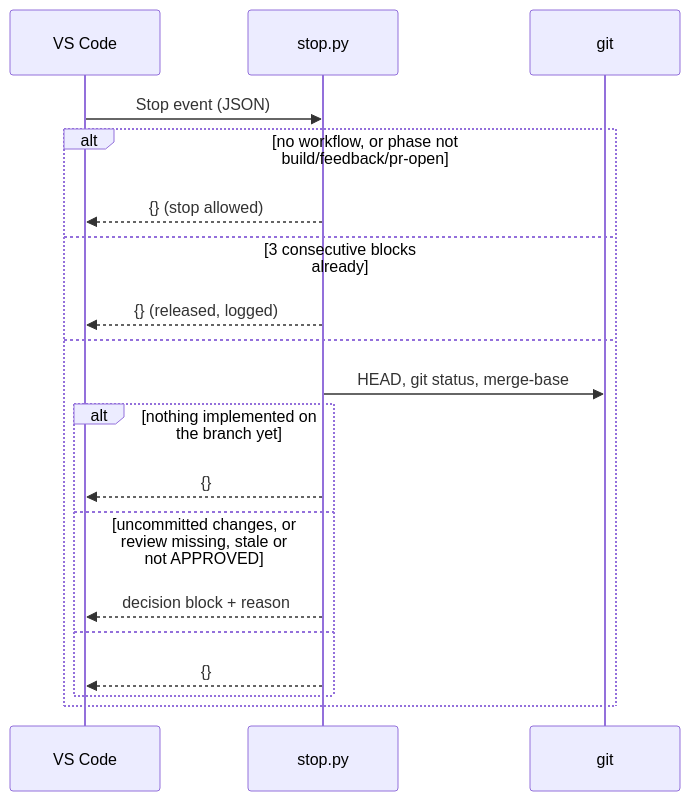
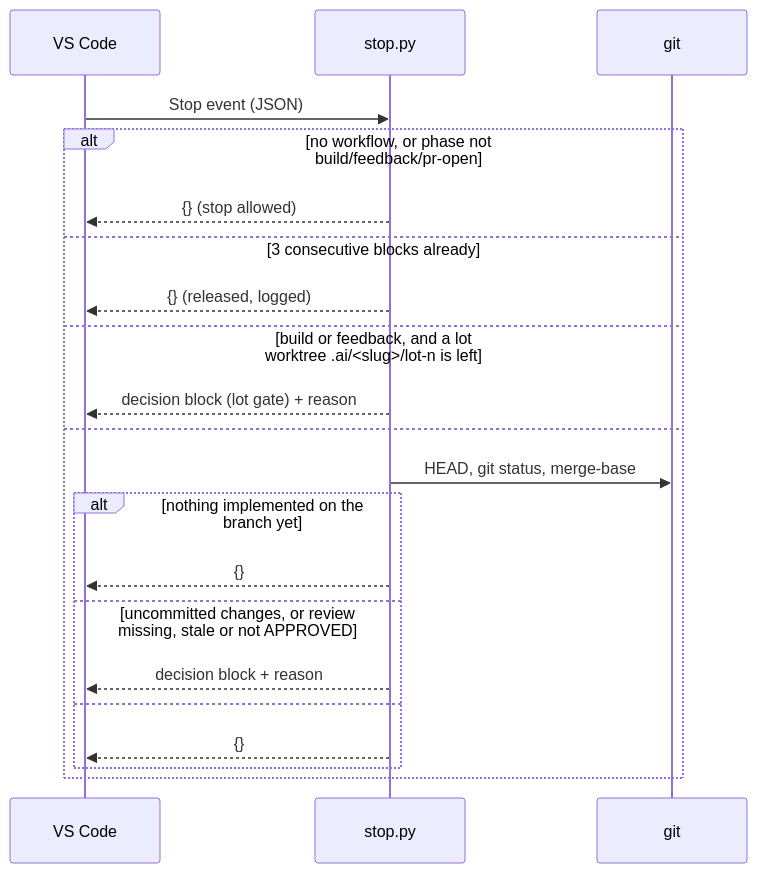
Before and after one commit to Antonin-Artaud/ai-driven-dev-harness: the third of 3 diagrams in docs/architecture/integrations.md, drawn with Mermaid. The commit also changed other lines of this file and 33 other files, not shown here.

````diff
--- a/docs/architecture/integrations.md
+++ b/docs/architecture/integrations.md
@@ -54,21 +85,23 @@
 ```mermaid
 sequenceDiagram
   participant V as VS Code
   participant S as stop.py
   participant G as git
   V->>S: Stop event (JSON)
   alt no workflow, or phase not build/feedback/pr-open
     S-->>V: {} (stop allowed)
   else 3 consecutive blocks already
     S-->>V: {} (released, logged)
+  else build or feedback, and a lot worktree .ai/<slug>/lot-n is left
+    S-->>V: decision block (lot gate) + reason
   else
     S->>G: HEAD, git status, merge-base
     alt nothing implemented on the branch yet
       S-->>V: {}
     else uncommitted changes, or review missing, stale or not APPROVED
       S-->>V: decision block + reason
     else
       S-->>V: {}
     end
   end
 ```
````
